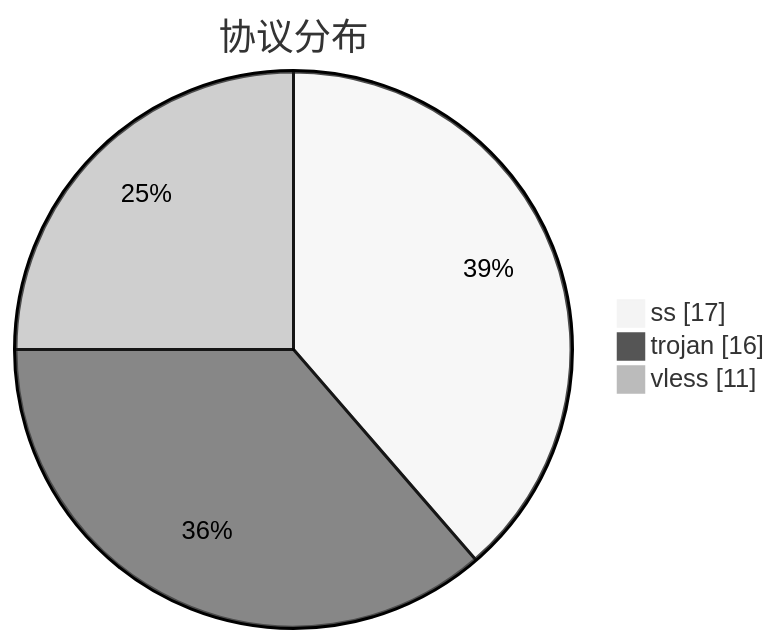
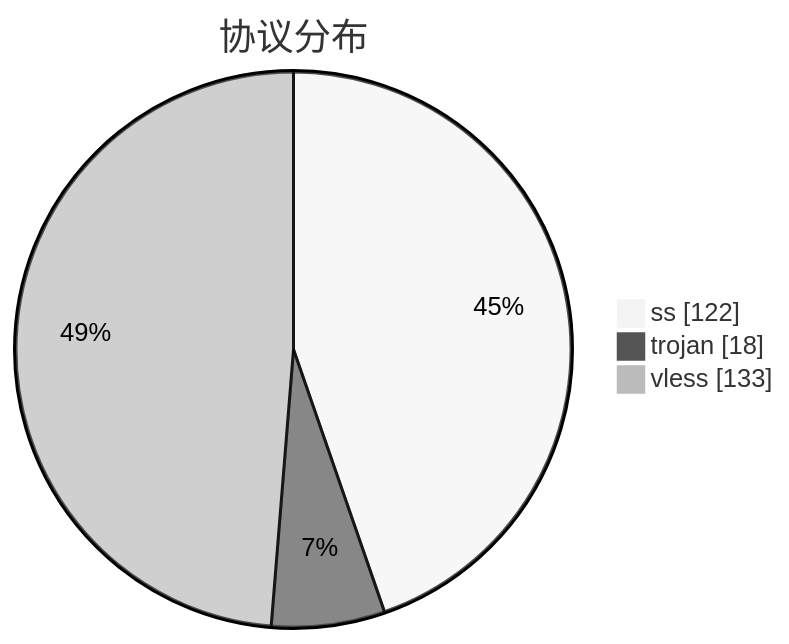
The third of 3 diagrams in subs/statistics/tested_within.md (qjlxg/airport), drawn with Mermaid (neutral theme) before and after one commit. The commit also changed other lines of this file and 2 other files, not shown here.

````diff
--- a/subs/statistics/tested_within.md
+++ b/subs/statistics/tested_within.md
@@ -25,7 +38,7 @@
 ```mermaid
 pie showData
 title 协议分布
-"ss" : 17
-"trojan" : 16
-"vless" : 11
+"ss" : 122
+"trojan" : 18
+"vless" : 133
 ```
````
